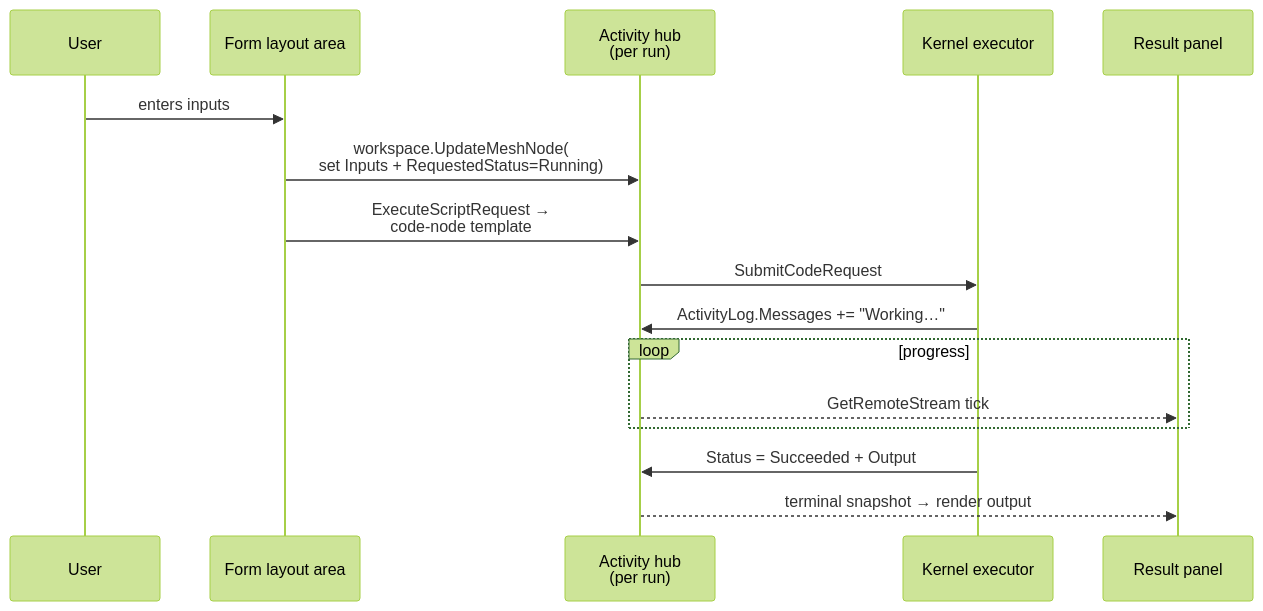
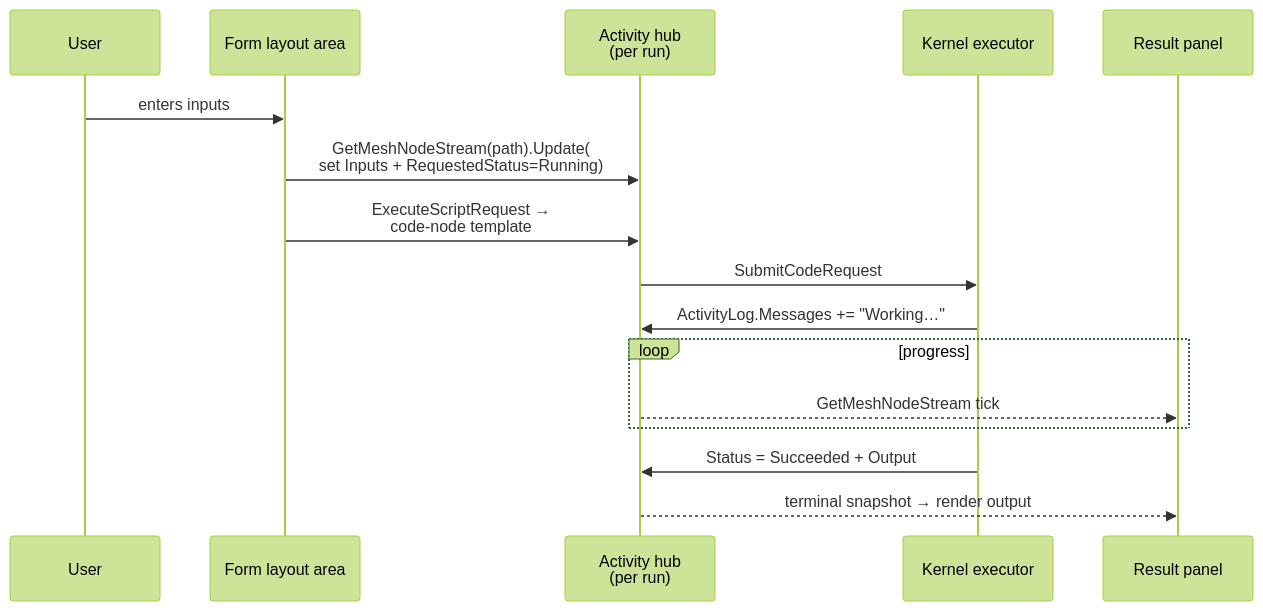
Before and after one commit to Systemorph/MeshWeaver: the second of 2 diagrams in src/MeshWeaver.Documentation/Data/Architecture/ActivityControlPlane.md, drawn with Mermaid (forest theme). The commit also changed other lines of this file and 122 other files, not shown here.

````diff
--- a/src/MeshWeaver.Documentation/Data/Architecture/ActivityControlPlane.md
+++ b/src/MeshWeaver.Documentation/Data/Architecture/ActivityControlPlane.md
@@ -427,19 +427,19 @@
 ```mermaid
 sequenceDiagram
     participant User
     participant Form as Form layout area
     participant Activity as Activity hub<br/>(per run)
     participant Kernel as Kernel executor
     participant Result as Result panel
 
     User->>Form: enters inputs
-    Form->>Activity: workspace.UpdateMeshNode(<br/>set Inputs + RequestedStatus=Running)
+    Form->>Activity: GetMeshNodeStream(path).Update(<br/>set Inputs + RequestedStatus=Running)
     Form->>Activity: ExecuteScriptRequest →<br/>code-node template
     Activity->>Kernel: SubmitCodeRequest
     Kernel->>Activity: ActivityLog.Messages += "Working…"
     loop progress
-        Activity-->>Result: GetRemoteStream tick
+        Activity-->>Result: GetMeshNodeStream tick
     end
     Kernel->>Activity: Status = Succeeded + Output
     Activity-->>Result: terminal snapshot → render output
 ```
````
